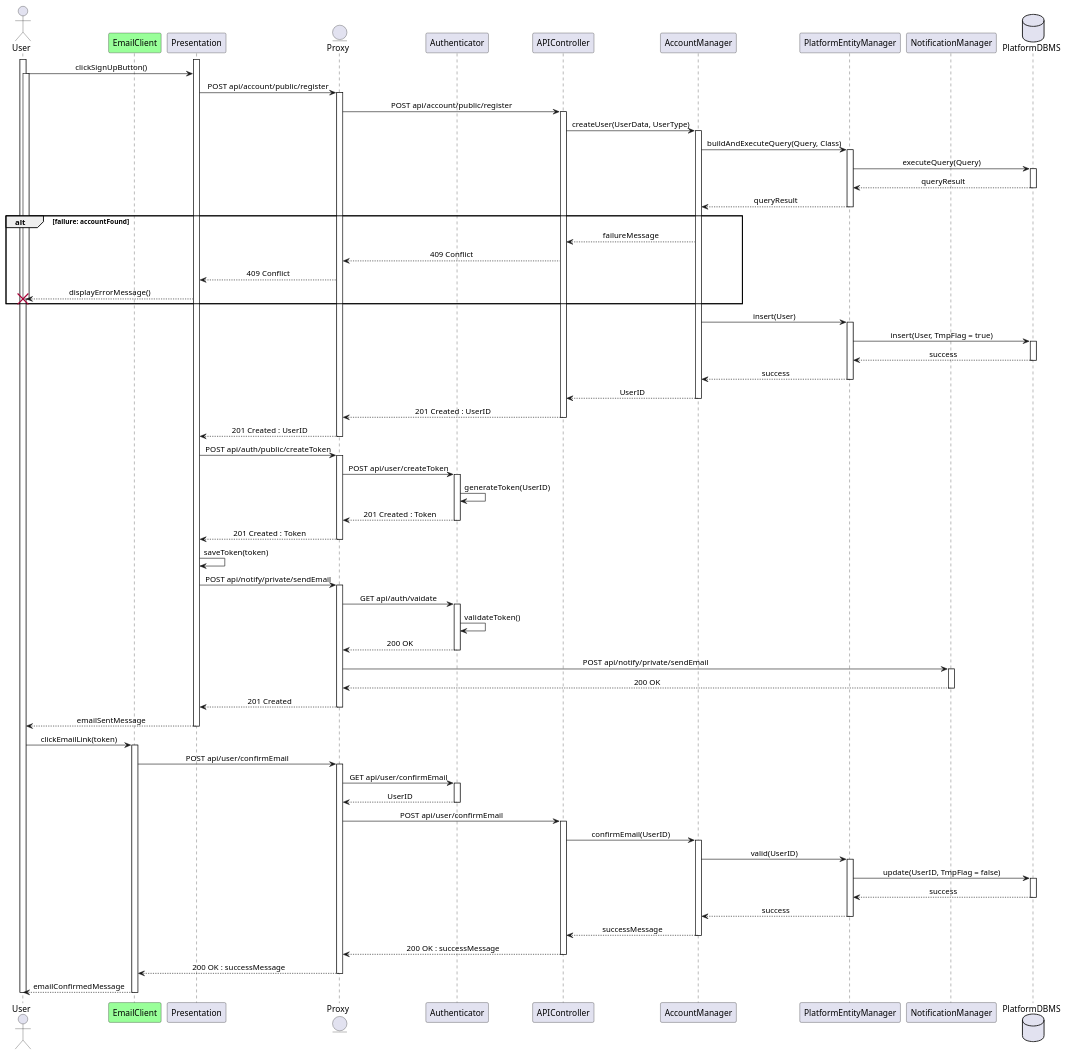
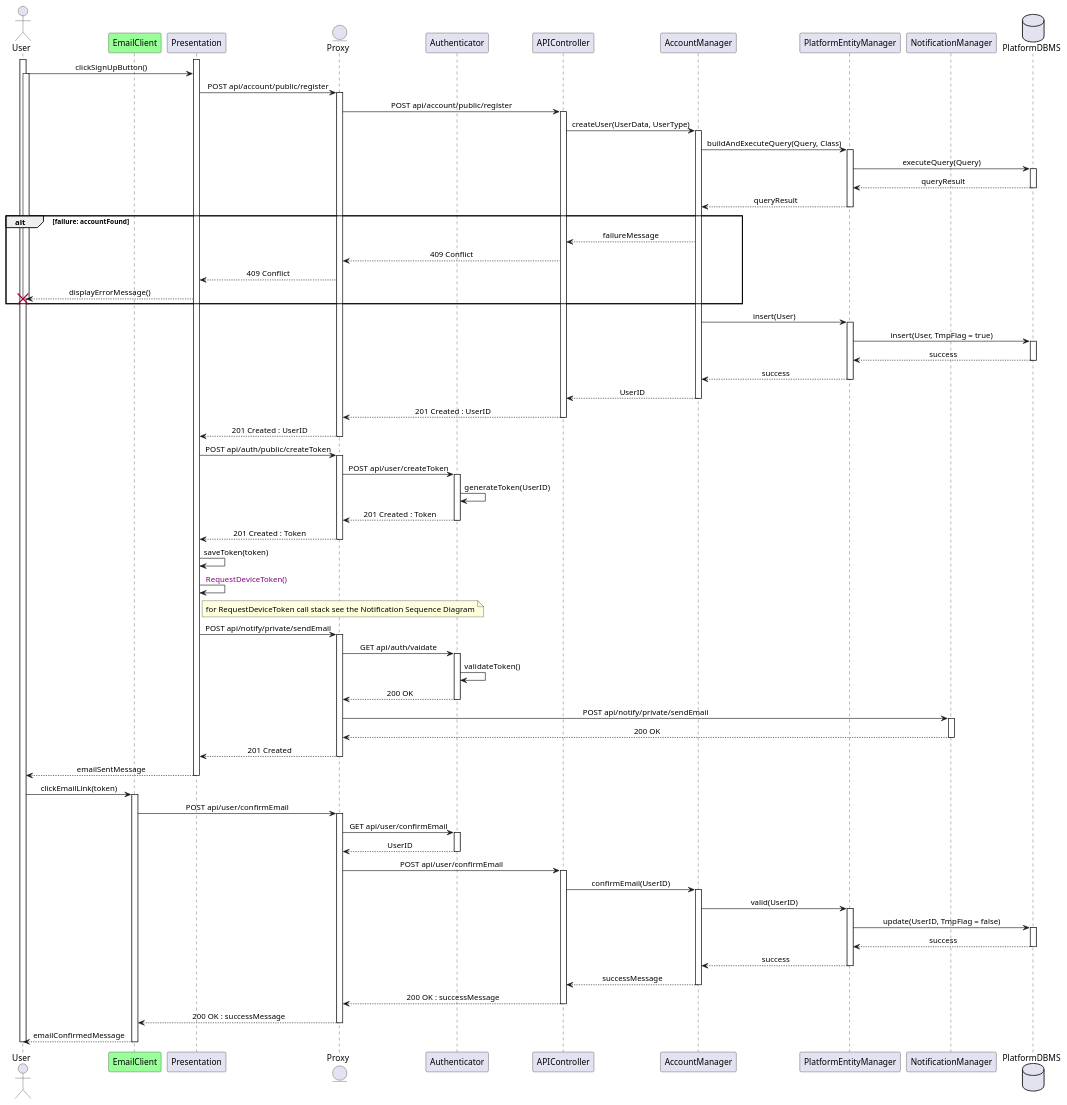
Before and after one commit to Slaitroc/RicciPaoliGrisoni: the diagram in Diagrams/SequenceDiagrams/DD/1UserRegistration.wsd, drawn with PlantUML. The commit also changed 10 other files, not shown here.

Commit message:
Add DD Sequence Diagrams #68 (16,...,21,24,25,26)

```diff
--- a/Diagrams/SequenceDiagrams/DD/1UserRegistration.wsd
+++ b/Diagrams/SequenceDiagrams/DD/1UserRegistration.wsd
@@ -2,108 +2,110 @@
 @startuml Registration
 skinparam sequenceMessageAlign center
 actor       User
 participant EmailClient #99FF99
 participant Presentation
 entity      Proxy
 participant Authenticator
 participant APIController
 participant AccountManager
 participant PlatformEntityManager
 participant NotificationManager
 database    PlatformDBMS
 activate User
 activate Presentation
 User -> Presentation : clickSignUpButton()
 activate User
 Presentation -> Proxy : POST api/account/public/register
 activate Proxy
 
 Proxy -> APIController : POST api/account/public/register
 activate APIController
 APIController -> AccountManager : createUser(UserData, UserType)
 activate AccountManager
 AccountManager -> PlatformEntityManager : buildAndExecuteQuery(Query, Class)
 activate PlatformEntityManager
 PlatformEntityManager -> PlatformDBMS : executeQuery(Query)
 activate PlatformDBMS
 PlatformDBMS --> PlatformEntityManager : queryResult
 deactivate PlatformDBMS
 PlatformEntityManager --> AccountManager : queryResult
 deactivate PlatformEntityManager
 alt failure: accountFound
 AccountManager --> APIController : failureMessage
 APIController --> Proxy : 409 Conflict
 Proxy --> Presentation : 409 Conflict
 Presentation --> User !! : displayErrorMessage()
 end
 AccountManager -> PlatformEntityManager : insert(User)
 activate PlatformEntityManager
 PlatformEntityManager -> PlatformDBMS : insert(User, TmpFlag = true)
 activate PlatformDBMS
 PlatformDBMS --> PlatformEntityManager : success
 deactivate PlatformDBMS
 PlatformEntityManager --> AccountManager : success
 deactivate PlatformEntityManager
 AccountManager --> APIController : UserID
 deactivate AccountManager
 APIController --> Proxy : 201 Created : UserID
 deactivate APIController
 Proxy --> Presentation : 201 Created : UserID
 deactivate Proxy
 Presentation -> Proxy : POST api/auth/public/createToken
 activate Proxy
 Proxy -> Authenticator: POST api/user/createToken
 activate Authenticator
 Authenticator -> Authenticator : generateToken(UserID)
 Authenticator --> Proxy : 201 Created : Token
 deactivate Authenticator
 Proxy --> Presentation : 201 Created : Token
 deactivate Proxy
 Presentation -> Presentation : saveToken(token)
+Presentation -> Presentation : <color:purple> RequestDeviceToken()
+note right of Presentation : for RequestDeviceToken call stack see the Notification Sequence Diagram 
 Presentation -> Proxy : POST api/notify/private/sendEmail
 activate Proxy
 Proxy -> Authenticator : GET api/auth/vaidate
 activate Authenticator
 Authenticator -> Authenticator : validateToken()
 Authenticator --> Proxy : 200 OK
 deactivate Authenticator
 Proxy -> NotificationManager : POST api/notify/private/sendEmail
 activate NotificationManager
 NotificationManager --> Proxy : 200 OK
 deactivate NotificationManager
 Proxy --> Presentation : 201 Created
 deactivate Proxy
 Presentation --> User : emailSentMessage
 deactivate Presentation
 User -> EmailClient : clickEmailLink(token)
 activate EmailClient
 EmailClient -> Proxy : POST api/user/confirmEmail
 activate Proxy
 Proxy -> Authenticator : GET api/user/confirmEmail
 activate Authenticator
 Authenticator --> Proxy : UserID
 deactivate Authenticator
 Proxy -> APIController : POST api/user/confirmEmail
 activate APIController
 APIController -> AccountManager : confirmEmail(UserID)
 deactivate Authenticator
 activate AccountManager
 AccountManager -> PlatformEntityManager : valid(UserID) 
 activate PlatformEntityManager
 PlatformEntityManager -> PlatformDBMS : update(UserID, TmpFlag = false)
 activate PlatformDBMS
 PlatformDBMS --> PlatformEntityManager : success
 deactivate PlatformDBMS
 PlatformEntityManager --> AccountManager : success
 deactivate PlatformEntityManager
 AccountManager --> APIController : successMessage
 deactivate AccountManager
 APIController --> Proxy : 200 OK : successMessage
 deactivate APIController
 Proxy --> EmailClient :  200 OK : successMessage
 deactivate Proxy
 EmailClient --> User : emailConfirmedMessage
 deactivate EmailClient
 deactivate Proxy
 deactivate User 
 @enduml
```
